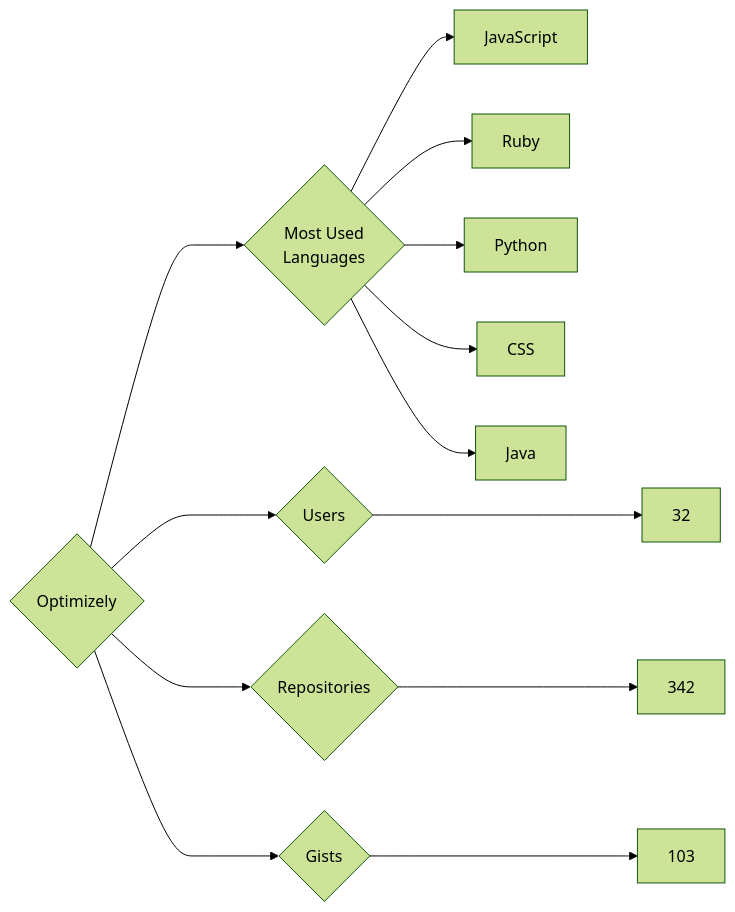
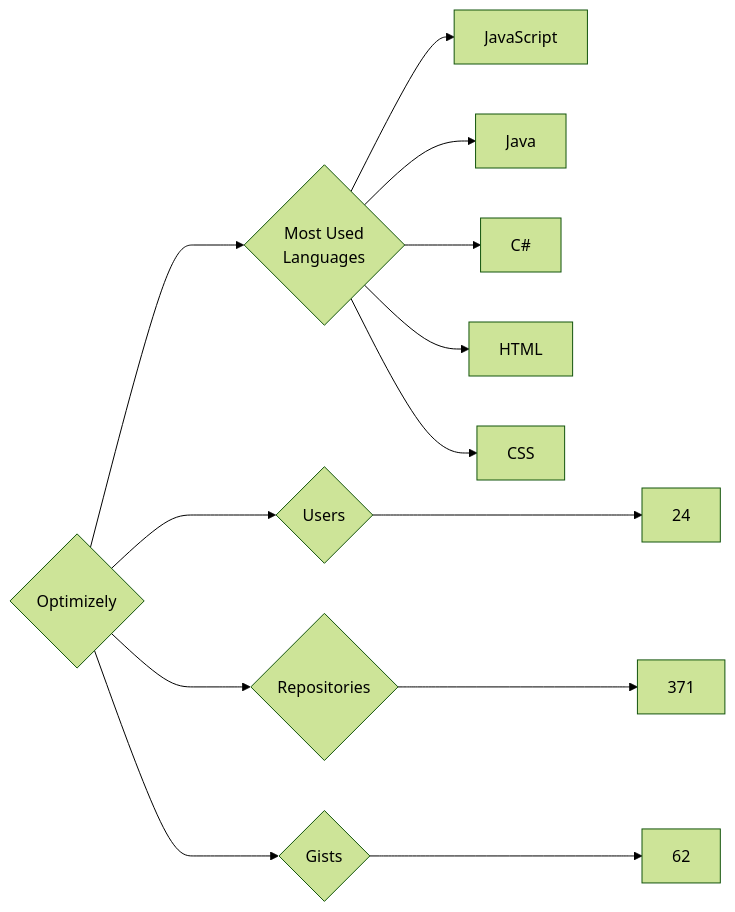
One commit to trickest/insiders changed the diagram in targets/Optimizely/README.md. Above: the diagram before and after it, drawn with Mermaid (forest theme). The commit also changed 677 other files, not shown here.

````diff
--- a/targets/Optimizely/README.md
+++ b/targets/Optimizely/README.md
@@ -3,13 +3,13 @@
 ```mermaid
 graph LR
 COMPANY_NAME{Optimizely}
-COMPANY_NAME ---> U{Users} ---> UN[32]
-COMPANY_NAME ---> R{Repositories} ---> RN[342]
-COMPANY_NAME ---> G{Gists} ---> GN[103]
+COMPANY_NAME ---> U{Users} ---> UN[24]
+COMPANY_NAME ---> R{Repositories} ---> RN[371]
+COMPANY_NAME ---> G{Gists} ---> GN[62]
 COMPANY_NAME ---> ML{Most Used<br>Languages}
 ML --> JavaScript[JavaScript]
-ML --> Ruby[Ruby]
-ML --> Python[Python]
+ML --> Java[Java]
+ML --> C#[C#]
+ML --> HTML[HTML]
 ML --> CSS[CSS]
-ML --> Java[Java]
 ```
````
